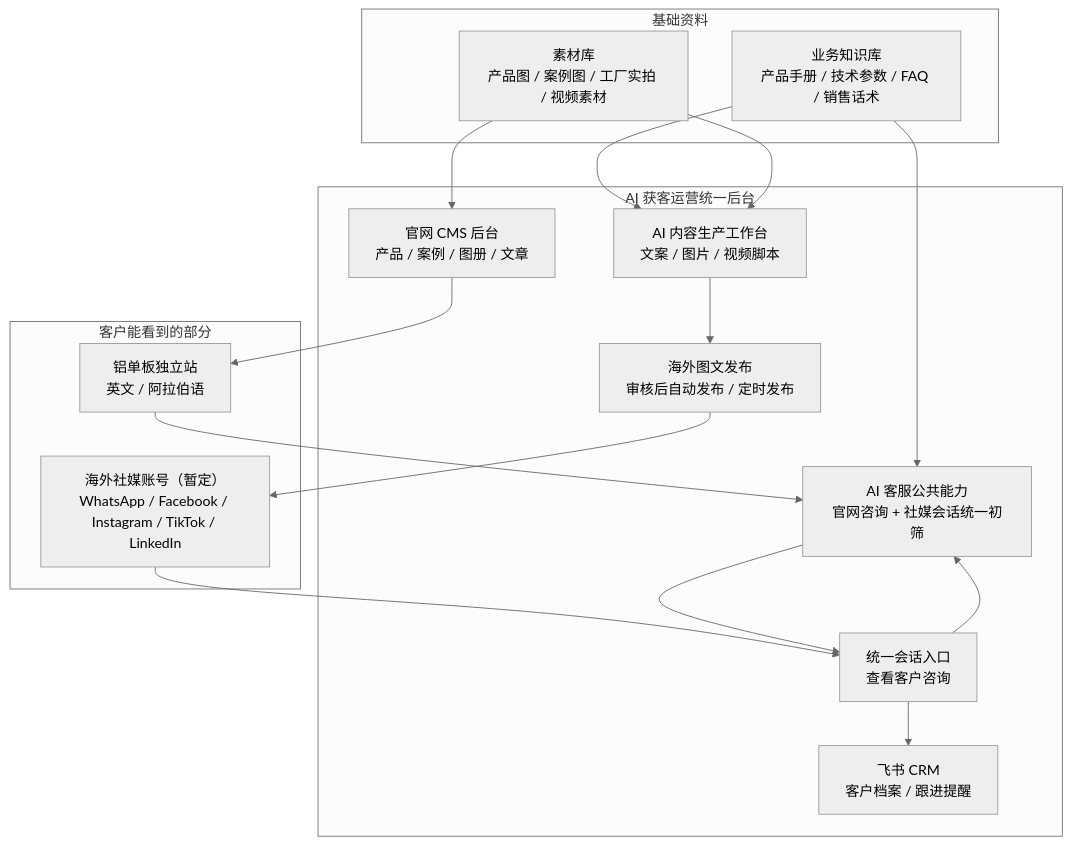
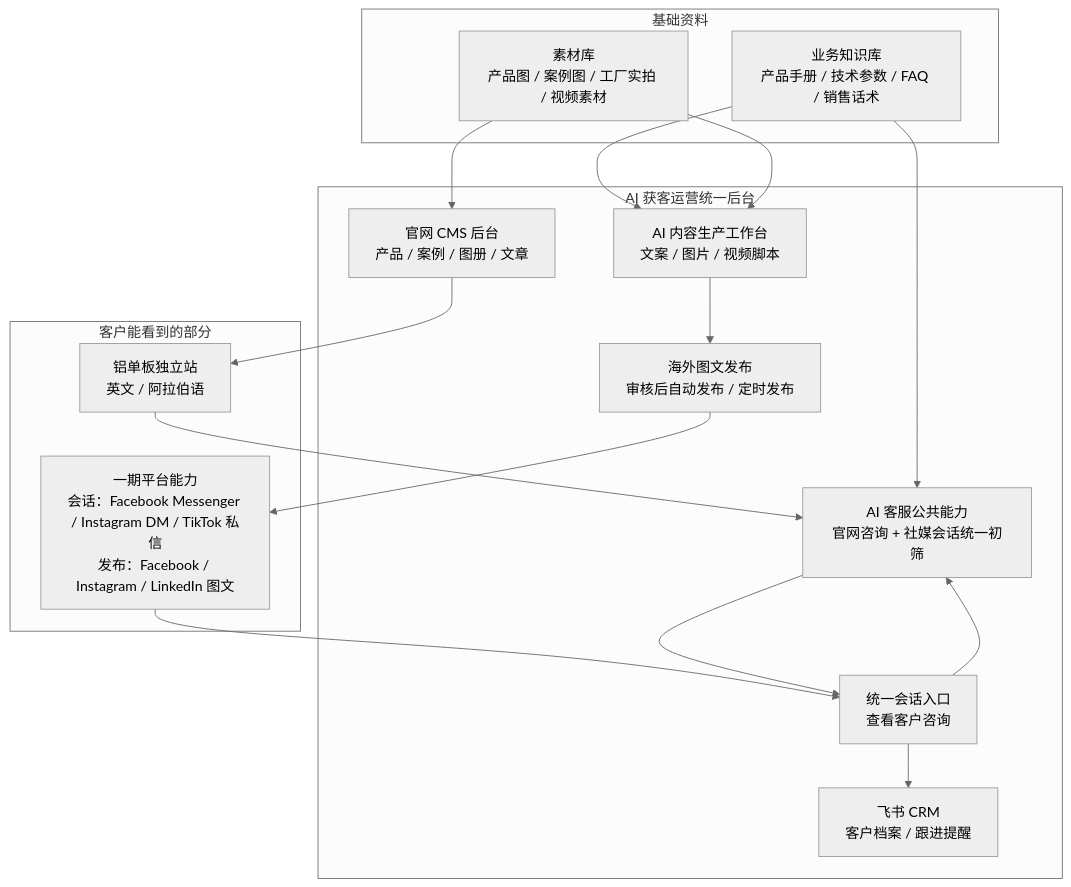
Before and after one commit to jueyunai/ivybm: the second of 6 diagrams in docs/requirements/一期需求说明文档.md, drawn with Mermaid (neutral theme). The commit also changed other lines of this file and 15 other files, not shown here.

````diff
--- a/docs/requirements/一期需求说明文档.md
+++ b/docs/requirements/一期需求说明文档.md
@@ -72,34 +72,34 @@
 ```mermaid
 flowchart TB
     subgraph C1["客户能看到的部分"]
         W["铝单板独立站<br/>英文 / 阿拉伯语"]
-        S["海外社媒账号（暂定）<br/>WhatsApp / Facebook / Instagram / TikTok / LinkedIn"]
+        S["一期平台能力<br/>会话：Facebook Messenger / Instagram DM / TikTok 私信<br/>发布：Facebook / Instagram / LinkedIn 图文"]
     end
 
     subgraph C2["AI 获客运营统一后台"]
         CMS["官网 CMS 后台<br/>产品 / 案例 / 图册 / 文章"]
         MSG["统一会话入口<br/>查看客户咨询"]
         AIK["AI 客服公共能力<br/>官网咨询 + 社媒会话统一初筛"]
         CONTENT["AI 内容生产工作台<br/>文案 / 图片 / 视频脚本"]
         PUB["海外图文发布<br/>审核后自动发布 / 定时发布"]
         CRM["飞书 CRM<br/>客户档案 / 跟进提醒"]
     end
 
     subgraph C3["基础资料"]
         KB["业务知识库<br/>产品手册 / 技术参数 / FAQ / 销售话术"]
         MATERIAL["素材库<br/>产品图 / 案例图 / 工厂实拍 / 视频素材"]
     end
 
     S --> MSG
     W --> AIK
     MSG --> AIK
     AIK --> MSG
     MSG --> CRM
     CMS --> W
     KB --> AIK
     KB --> CONTENT
     MATERIAL --> CMS
     MATERIAL --> CONTENT
     CONTENT --> PUB
     PUB --> S
 ```
````
